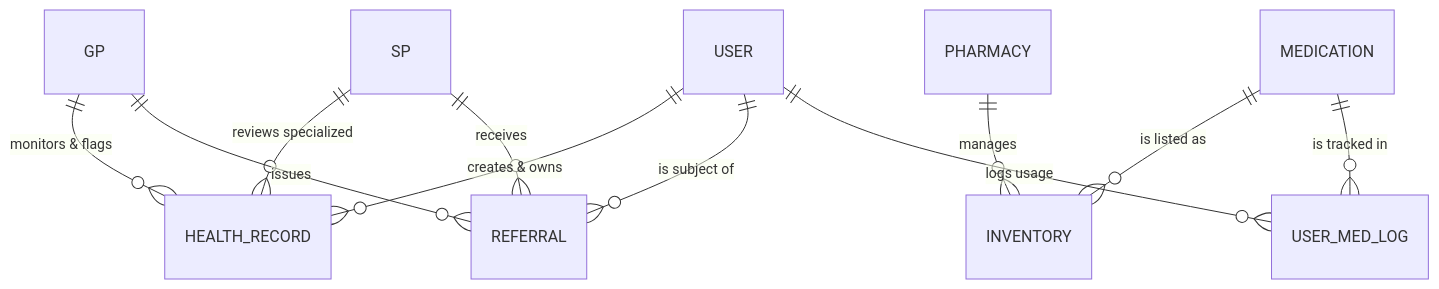
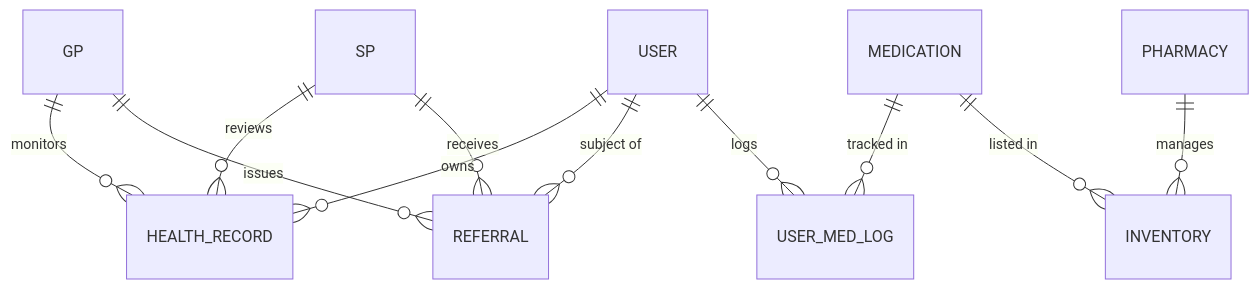
The diagram in Motivation/ER.md (Gsasl/Unified-Health-Record), drawn with Mermaid before and after one commit. The commit also changed other lines of this file, not shown here.

Commit message:
Neaten Mermaid diagram layout and add notation legend table

````diff
--- a/Motivation/ER.md
+++ b/Motivation/ER.md
@@ -1,20 +5,20 @@
 ```mermaid
 erDiagram
-    %% Core Record Logic
-    USER ||--o{ HEALTH_RECORD : "creates & owns"
-    GP ||--o{ HEALTH_RECORD : "monitors & flags"
-    SP ||--o{ HEALTH_RECORD : "reviews specialized"
+    %% Core Medical Records
+    GP ||--o{ HEALTH_RECORD : "monitors"
+    SP ||--o{ HEALTH_RECORD : "reviews"
+    USER ||--o{ HEALTH_RECORD : "owns"
     
-    %% The Referral Bridge (Fixes the GP to SP issue)
+    %% Referrals
     GP ||--o{ REFERRAL : "issues"
     SP ||--o{ REFERRAL : "receives"
-    USER ||--o{ REFERRAL : "is subject of"
+    USER ||--o{ REFERRAL : "subject of"
 
-    %% The Inventory Bridge (Fixes the Pharmacy to Medication issue)
+    %% User Medications
+    USER ||--o{ USER_MED_LOG : "logs"
+    MEDICATION ||--o{ USER_MED_LOG : "tracked in"
+
+    %% Pharmacy Inventory
     PHARMACY ||--o{ INVENTORY : "manages"
-    MEDICATION ||--o{ INVENTORY : "is listed as"
-
-    %% User Medication Log Bridge
-    USER ||--o{ USER_MED_LOG : "logs usage"
-    MEDICATION ||--o{ USER_MED_LOG : "is tracked in"
+    MEDICATION ||--o{ INVENTORY : "listed in"
 ```
````
